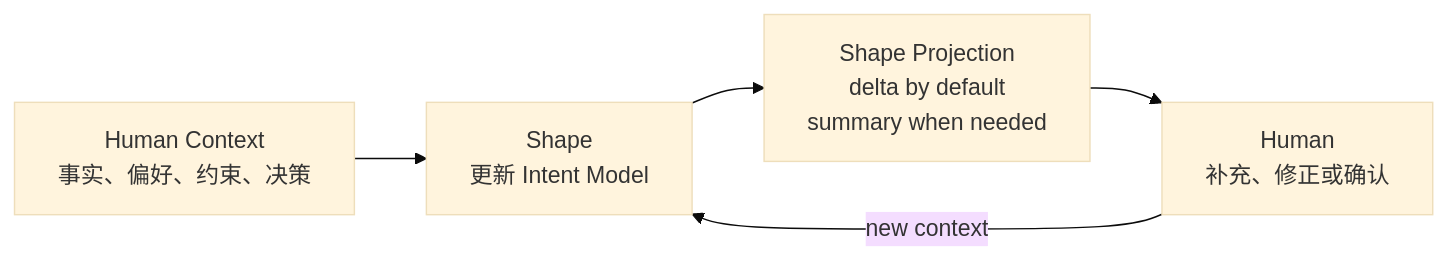
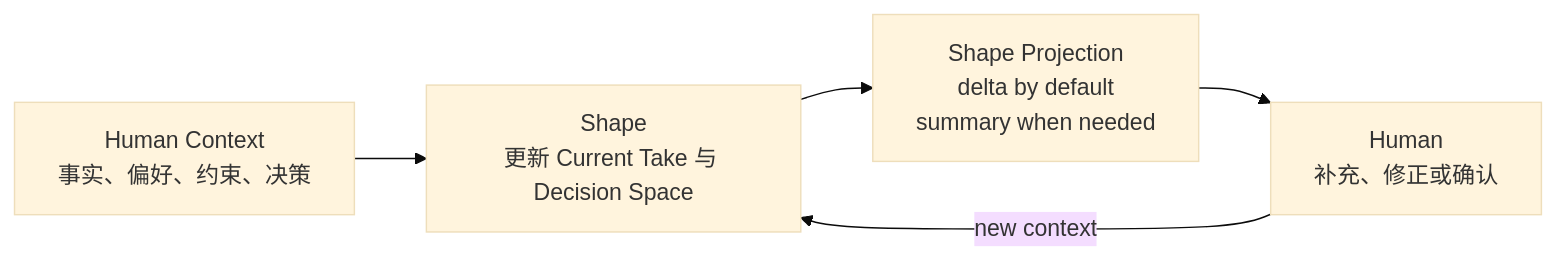
The third of 8 diagrams in .human-react/loop.md (FlutteryEmbers/human-react), drawn with Mermaid (base theme) before and after one commit. The commit also changed other lines of this file and 17 other files, not shown here.

````diff
--- a/.human-react/loop.md
+++ b/.human-react/loop.md
@@ -63,12 +103,12 @@
 ```mermaid
 flowchart LR
     HC["Human Context<br/>事实、偏好、约束、决策"]
-    S["Shape<br/>更新 Intent Model"]
+    S["Shape<br/>更新 Current Take 与 Decision Space"]
     O["Shape Projection<br/>delta by default<br/>summary when needed"]
     H["Human<br/>补充、修正或确认"]
 
     HC --> S
     S --> O
     O --> H
     H -->|"new context"| S
 ```
````
